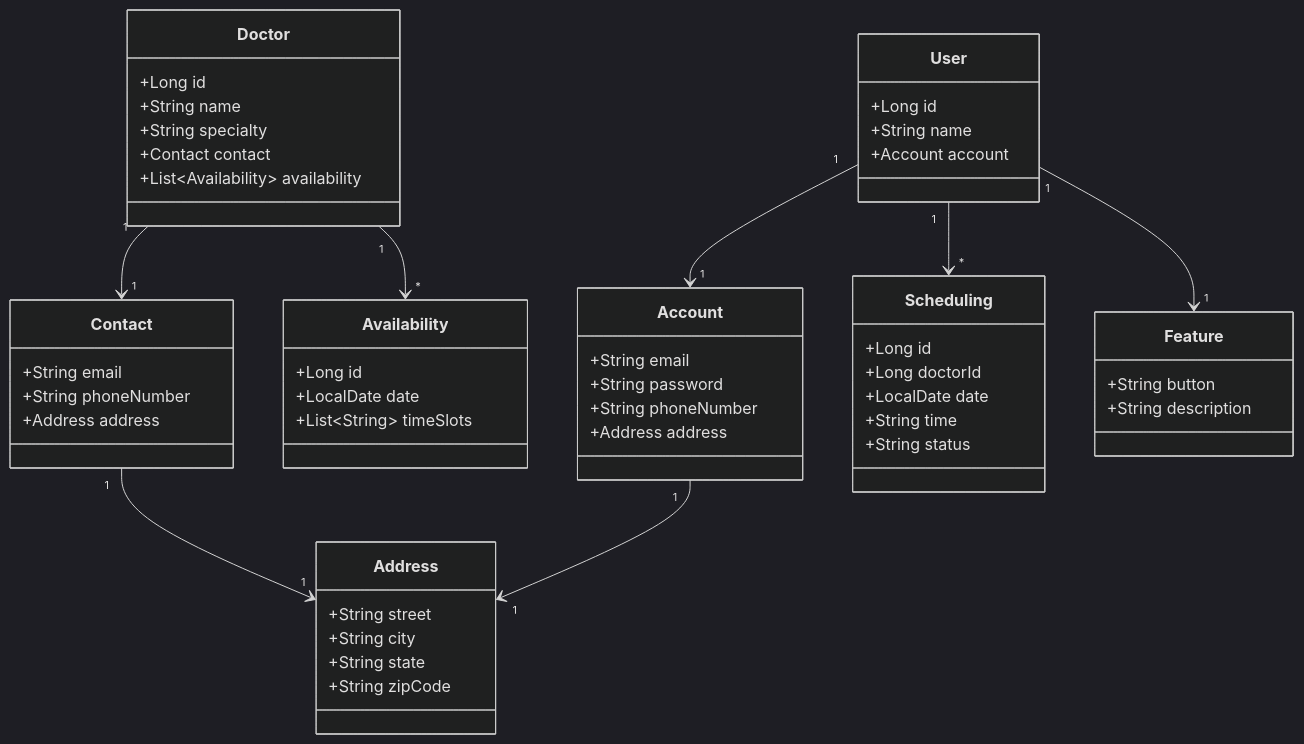
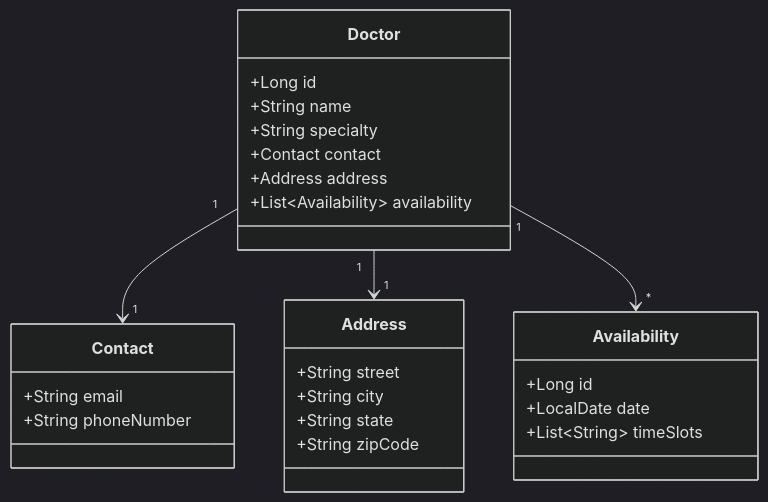
Before and after one commit to HeloisaFelizardo/santander-dev-week-2024: the diagram in README.md, drawn with Mermaid (dark theme).

Commit message:
modified: Class Diagram

````diff
--- a/README.md
+++ b/README.md
@@ -7,64 +7,34 @@
 ```mermaid
 classDiagram
     class Doctor {
         +Long id
         +String name
         +String specialty
         +Contact contact
+        +Address address
         +List~Availability~ availability
     }
 
     class Contact {
         +String email
         +String phoneNumber
-        +Address address
     }
 
     class Address {
         +String street
         +String city
         +String state
         +String zipCode
     }
 
     class Availability {
         +Long id
         +LocalDate date
         +List~String~ timeSlots
     }
 
-    class User {
-        +Long id
-        +String name
-        +Account account
-    }
-
-    class Account {
-        +String email
-        +String password
-        +String phoneNumber
-        +Address address
-    }
-
-    class Scheduling {
-        +Long id
-        +Long doctorId
-        +LocalDate date
-        +String time
-        +String status
-    }
-
-    class Feature {
-        +String button
-        +String description
-    }
-
     Doctor "1" --> "1" Contact
-    Contact "1" --> "1" Address
+    Doctor "1" --> "1" Address
     Doctor "1" --> "*" Availability
-    User "1" --> "1" Account
-    Account "1" --> "1" Address
-    User "1" --> "*" Scheduling
-    User "1" --> "1" Feature
 
 ```
````
